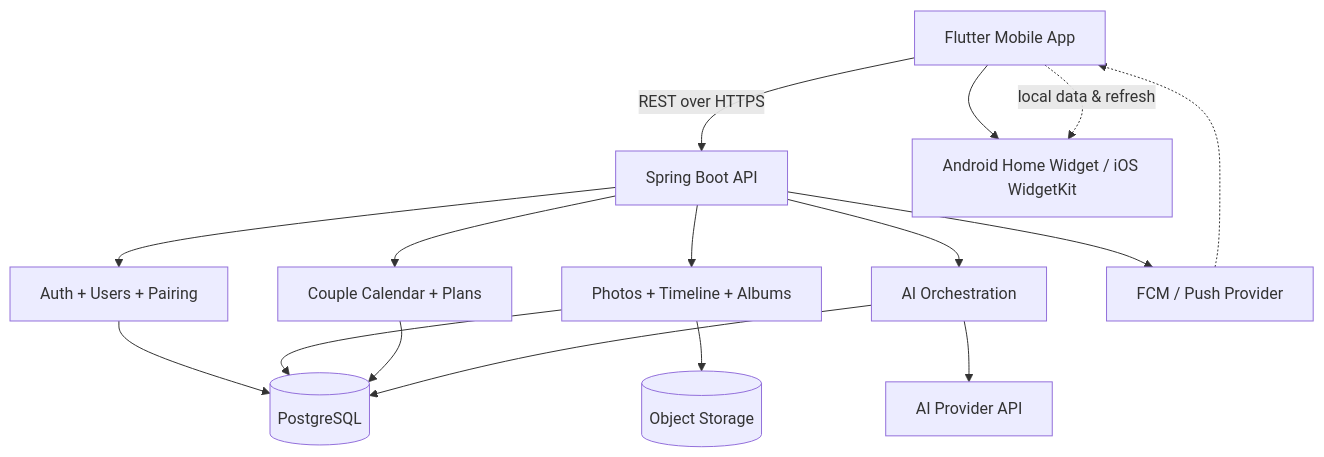
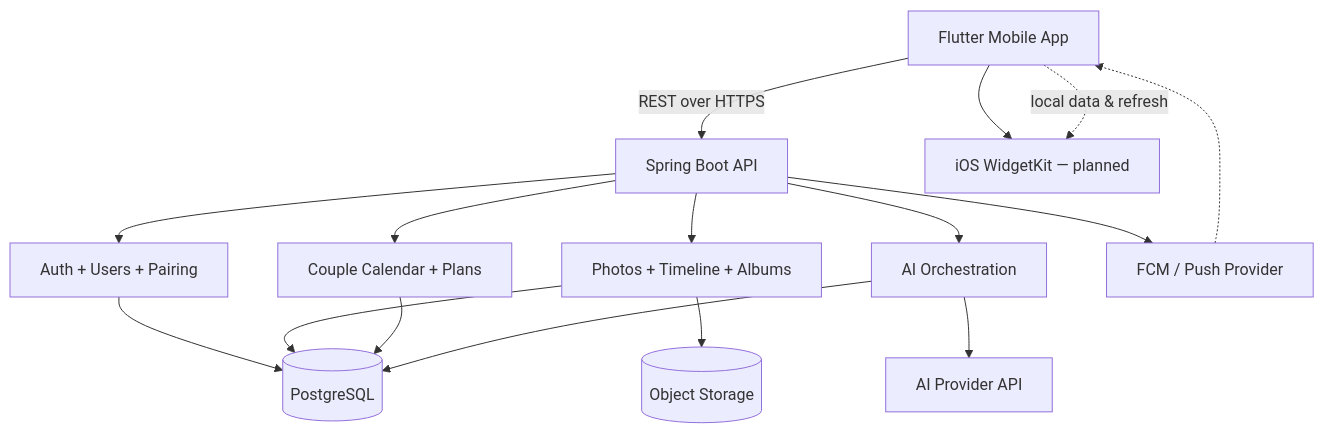
Before and after one commit to ThangManhPham/DN26_CPL_JAVA_03_GROUP_14: the first of 2 diagrams in docs/03-architecture.md, drawn with Mermaid. The commit also changed other lines of this file and 46 other files, not shown here.

````diff
--- a/docs/03-architecture.md
+++ b/docs/03-architecture.md
@@ -7,18 +7,18 @@
 ```mermaid
 flowchart TD
   A[Flutter Mobile App] -->|REST over HTTPS| B[Spring Boot API]
-  A --> W[Android Home Widget / iOS WidgetKit]
+  A --> W[iOS WidgetKit — planned]
   B --> AUTH[Auth + Users + Pairing]
   B --> PHOTO[Photos + Timeline + Albums]
   B --> CAL[Couple Calendar + Plans]
   B --> AI[AI Orchestration]
   AUTH --> DB[(PostgreSQL)]
   PHOTO --> DB
   PHOTO --> STORE[(Object Storage)]
   CAL --> DB
   AI --> DB
   AI --> LLM[AI Provider API]
   B --> FCM[FCM / Push Provider]
   FCM -.-> A
   A -.local data & refresh.-> W
 ```
````
